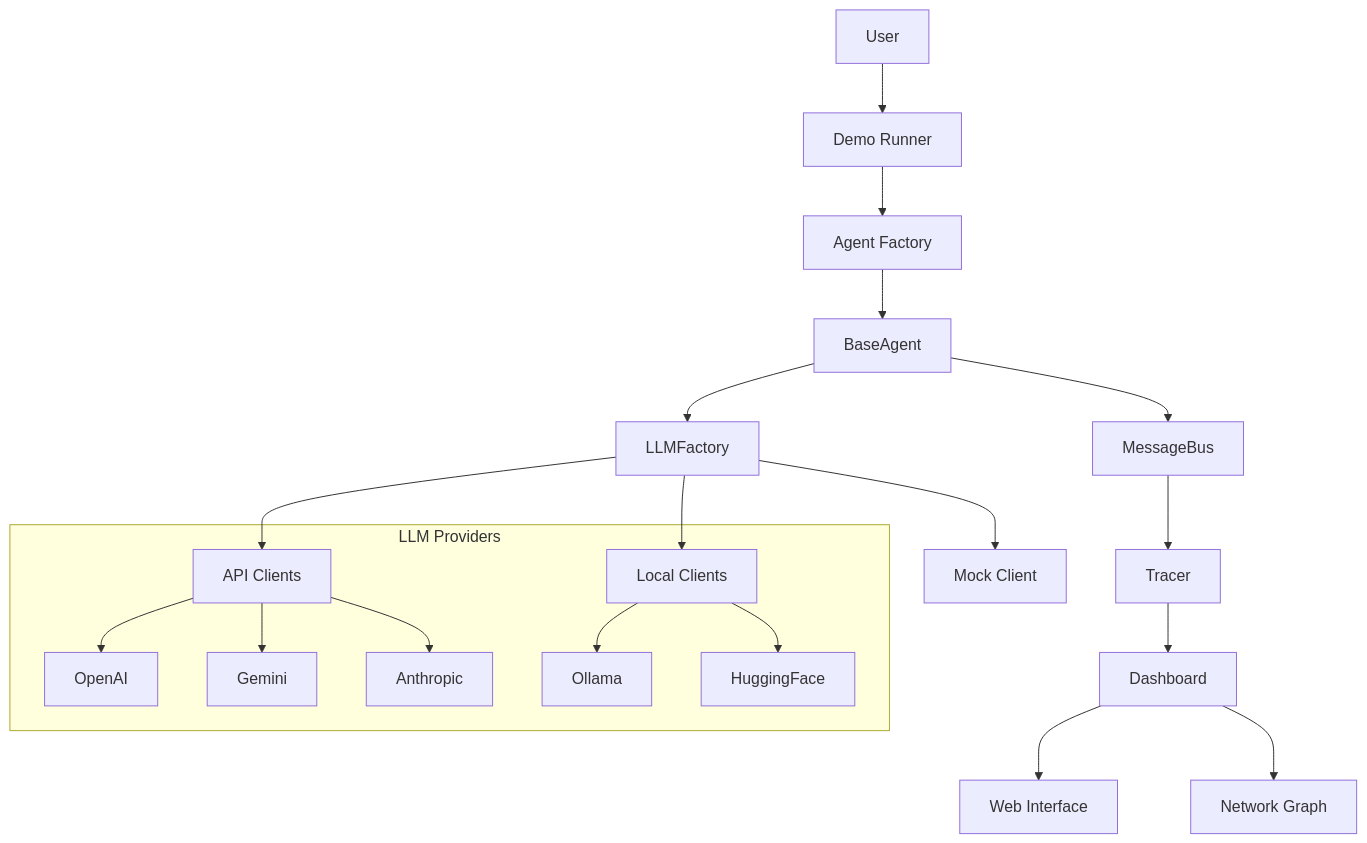
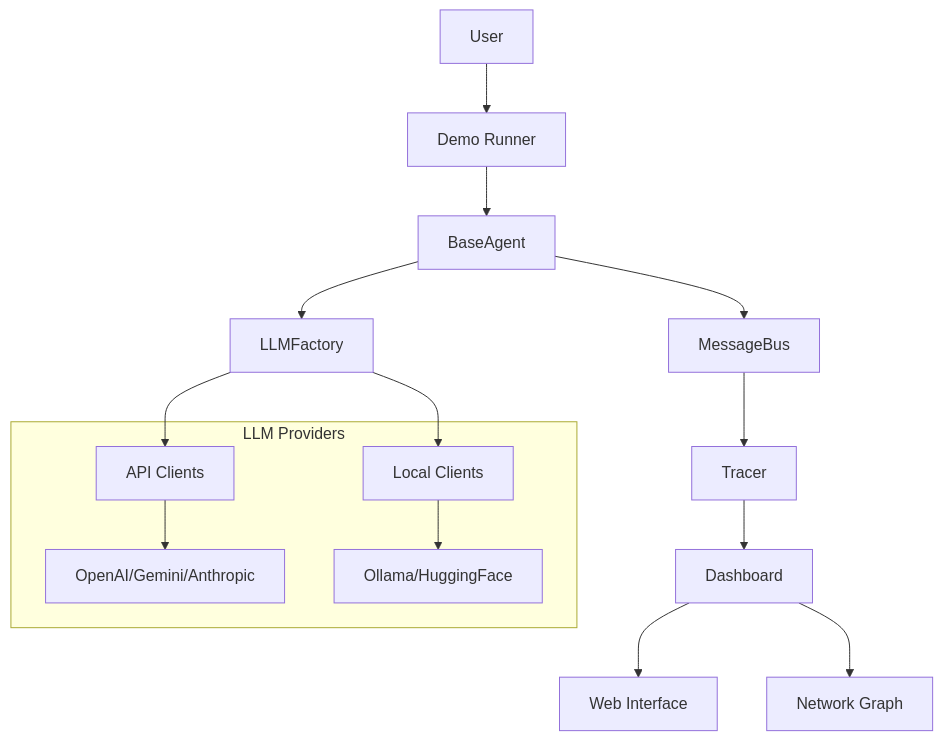
The diagram in docs/architecture.md (Abhay-Cerberus/MultiProdigy), drawn with Mermaid before and after one commit. The commit also changed other lines of this file and 44 other files, not shown here.

````diff
--- a/docs/architecture.md
+++ b/docs/architecture.md
@@ -94,25 +79,20 @@
 ```mermaid
 graph TB
     A[User] --> B[Demo Runner]
-    B --> C[Agent Factory]
-    C --> D[BaseAgent]
-    D --> E[MessageBus]
-    E --> F[Tracer]
-    F --> G[Dashboard]
+    B --> C[BaseAgent]
+    C --> D[MessageBus]
+    D --> E[Tracer]
+    E --> F[Dashboard]
     
-    D --> H[LLMFactory]
-    H --> I[API Clients]
-    H --> J[Local Clients]
-    H --> K[Mock Client]
+    C --> G[LLMFactory]
+    G --> H[API Clients]
+    G --> I[Local Clients]
     
-    G --> L[Web Interface]
-    G --> M[Network Graph]
+    F --> J[Web Interface]
+    F --> K[Network Graph]
     
     subgraph "LLM Providers"
-        I --> N[OpenAI]
-        I --> O[Gemini]
-        I --> P[Anthropic]
-        J --> Q[Ollama]
-        J --> R[HuggingFace]
+        H --> L[OpenAI/Gemini/Anthropic]
+        I --> M[Ollama/HuggingFace]
     end
 ```
````
